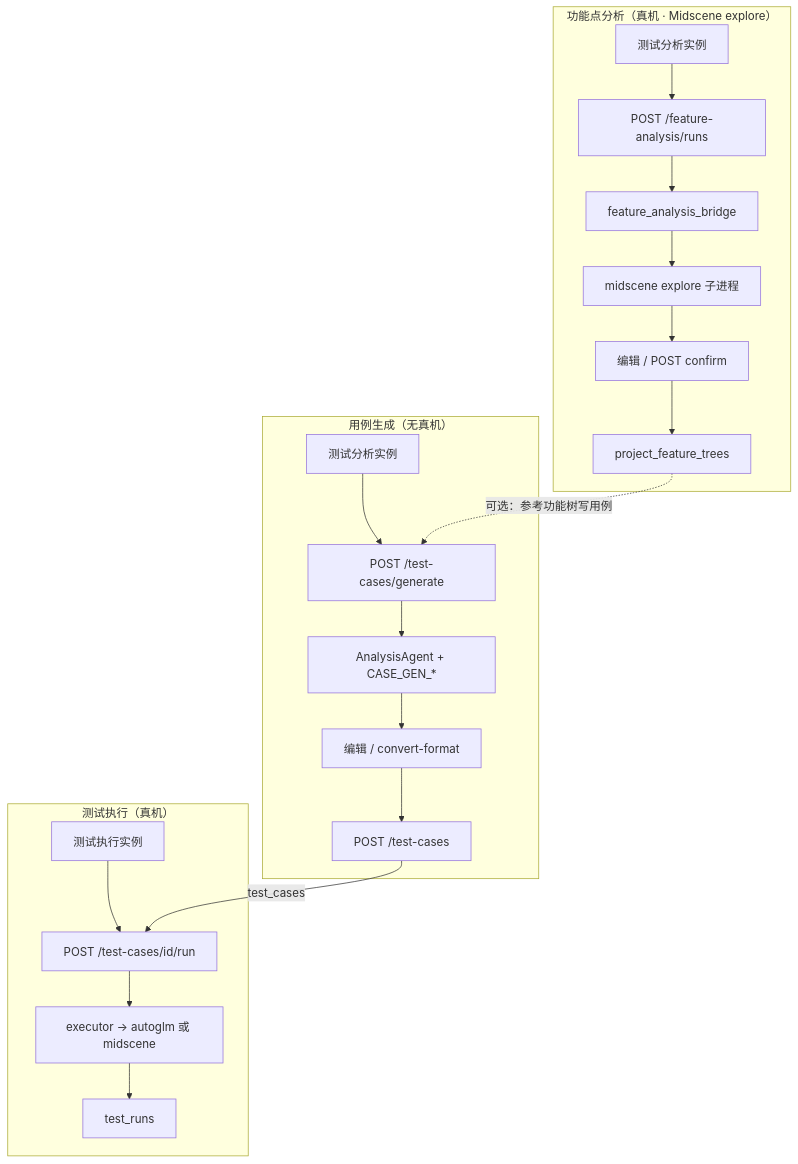
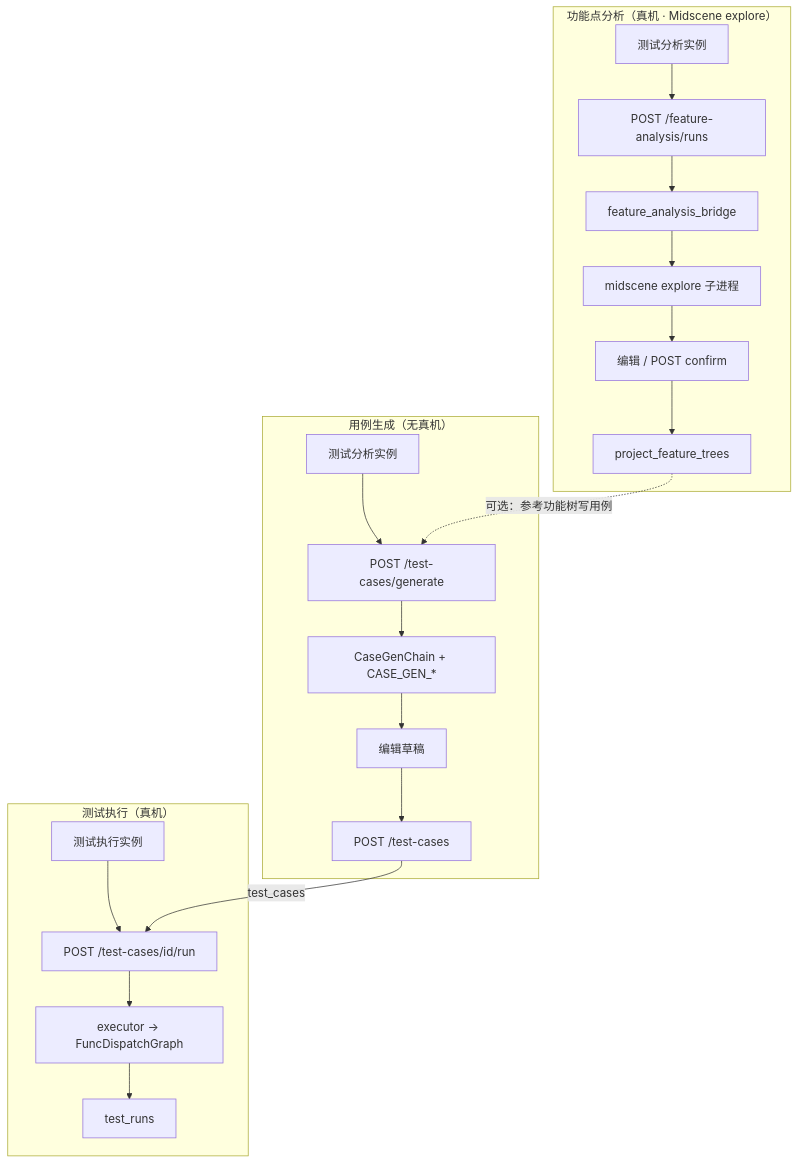
The fifth of 7 diagrams in ARCHITECTURE.md (dyingmanliu/test_robot), drawn with Mermaid before and after one commit. The commit also changed other lines of this file and 45 other files, not shown here.

First line of the commit message:
feat: 更新 agent_service 以支持 LangChain 1.x 集成与功能增强

````diff
--- a/ARCHITECTURE.md
+++ b/ARCHITECTURE.md
@@ -130,32 +290,32 @@
 ```mermaid
 flowchart TB
   subgraph gen["用例生成（无真机）"]
     A1[测试分析实例]
     A2[POST /test-cases/generate]
-    A3[AnalysisAgent + CASE_GEN_*]
-    A4[编辑 / convert-format]
+    A3[CaseGenChain + CASE_GEN_*]
+    A4[编辑草稿]
     A5[POST /test-cases]
     A1 --> A2 --> A3 --> A4 --> A5
   end
 
   subgraph fa["功能点分析（真机 · Midscene explore）"]
     F1[测试分析实例]
     F2[POST /feature-analysis/runs]
     F3[feature_analysis_bridge]
     F4[midscene explore 子进程]
     F5[编辑 / POST confirm]
     F6[project_feature_trees]
     F1 --> F2 --> F3 --> F4 --> F5 --> F6
   end
 
   subgraph run["测试执行（真机）"]
     B1[测试执行实例]
     B2[POST /test-cases/id/run]
-    B3[executor → autoglm 或 midscene]
+    B3[executor → FuncDispatchGraph]
     B4[test_runs]
     B1 --> B2 --> B3 --> B4
   end
 
   A5 -->|test_cases| B2
   F6 -.->|可选：参考功能树写用例| A2
 ```
````
